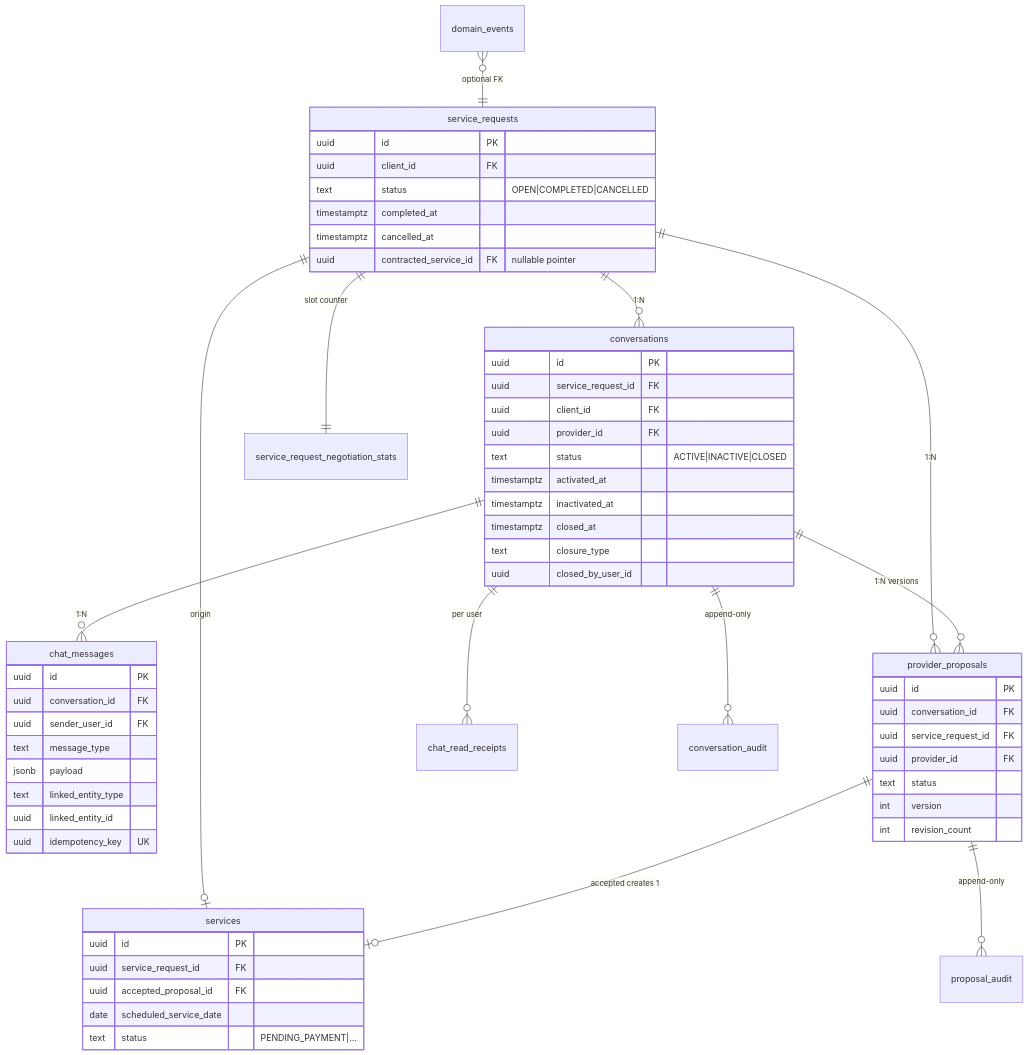
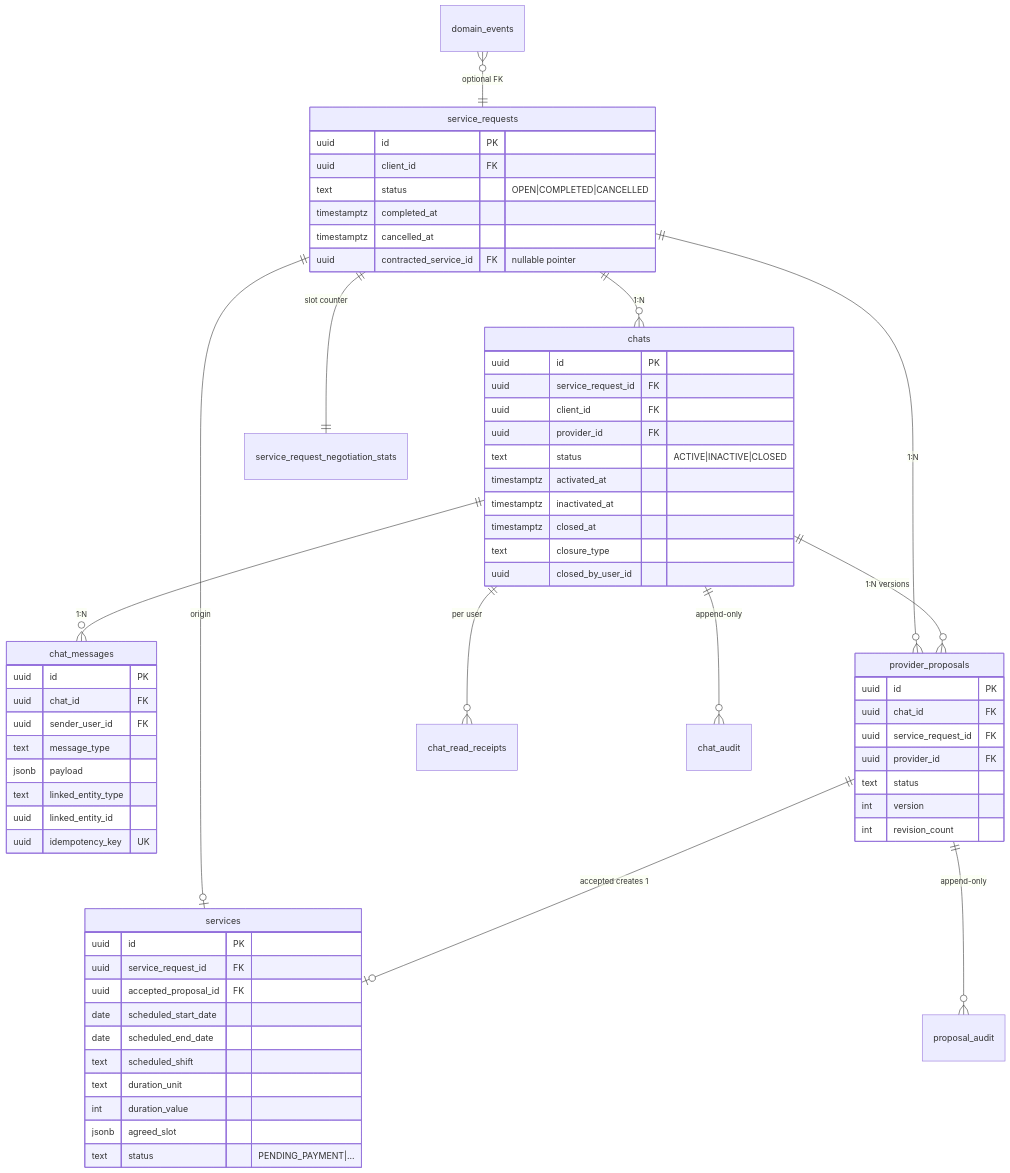
One commit to higorpo/renovi-orbit-test changed the third of 7 diagrams in docs/chats/design.md. Above: the diagram before and after it, drawn with Mermaid. The commit also changed other lines of this file and 18 other files, not shown here.

````diff
--- a/docs/chats/design.md
+++ b/docs/chats/design.md
@@ -162,65 +162,70 @@
 ```mermaid
 erDiagram
-  service_requests ||--o{ conversations : "1:N"
-  conversations ||--o{ chat_messages : "1:N"
-  conversations ||--o{ provider_proposals : "1:N versions"
+  service_requests ||--o{ chats : "1:N"
+  chats ||--o{ chat_messages : "1:N"
+  chats ||--o{ provider_proposals : "1:N versions"
   service_requests ||--o{ provider_proposals : "1:N"
   provider_proposals ||--o| services : "accepted creates 1"
   service_requests ||--o| services : "origin"
-  conversations ||--o{ chat_read_receipts : "per user"
-  conversations ||--o{ conversation_audit : "append-only"
+  chats ||--o{ chat_read_receipts : "per user"
+  chats ||--o{ chat_audit : "append-only"
   provider_proposals ||--o{ proposal_audit : "append-only"
   service_requests ||--|| service_request_negotiation_stats : "slot counter"
   domain_events }o--|| service_requests : "optional FK"
 
   service_requests {
     uuid id PK
     uuid client_id FK
     text status "OPEN|COMPLETED|CANCELLED"
     timestamptz completed_at
     timestamptz cancelled_at
     uuid contracted_service_id FK "nullable pointer"
   }
 
-  conversations {
+  chats {
     uuid id PK
     uuid service_request_id FK
     uuid client_id FK
     uuid provider_id FK
     text status "ACTIVE|INACTIVE|CLOSED"
     timestamptz activated_at
     timestamptz inactivated_at
     timestamptz closed_at
     text closure_type
     uuid closed_by_user_id
   }
 
   chat_messages {
     uuid id PK
-    uuid conversation_id FK
+    uuid chat_id FK
     uuid sender_user_id FK
     text message_type
     jsonb payload
     text linked_entity_type
     uuid linked_entity_id
     uuid idempotency_key UK
   }
 
   provider_proposals {
     uuid id PK
-    uuid conversation_id FK
+    uuid chat_id FK
     uuid service_request_id FK
     uuid provider_id FK
     text status
     int version
     int revision_count
   }
 
   services {
     uuid id PK
     uuid service_request_id FK
     uuid accepted_proposal_id FK
-    date scheduled_service_date
+    date scheduled_start_date
+    date scheduled_end_date
+    text scheduled_shift
+    text duration_unit
+    int duration_value
+    jsonb agreed_slot
     text status "PENDING_PAYMENT|..."
   }
 ```
````
